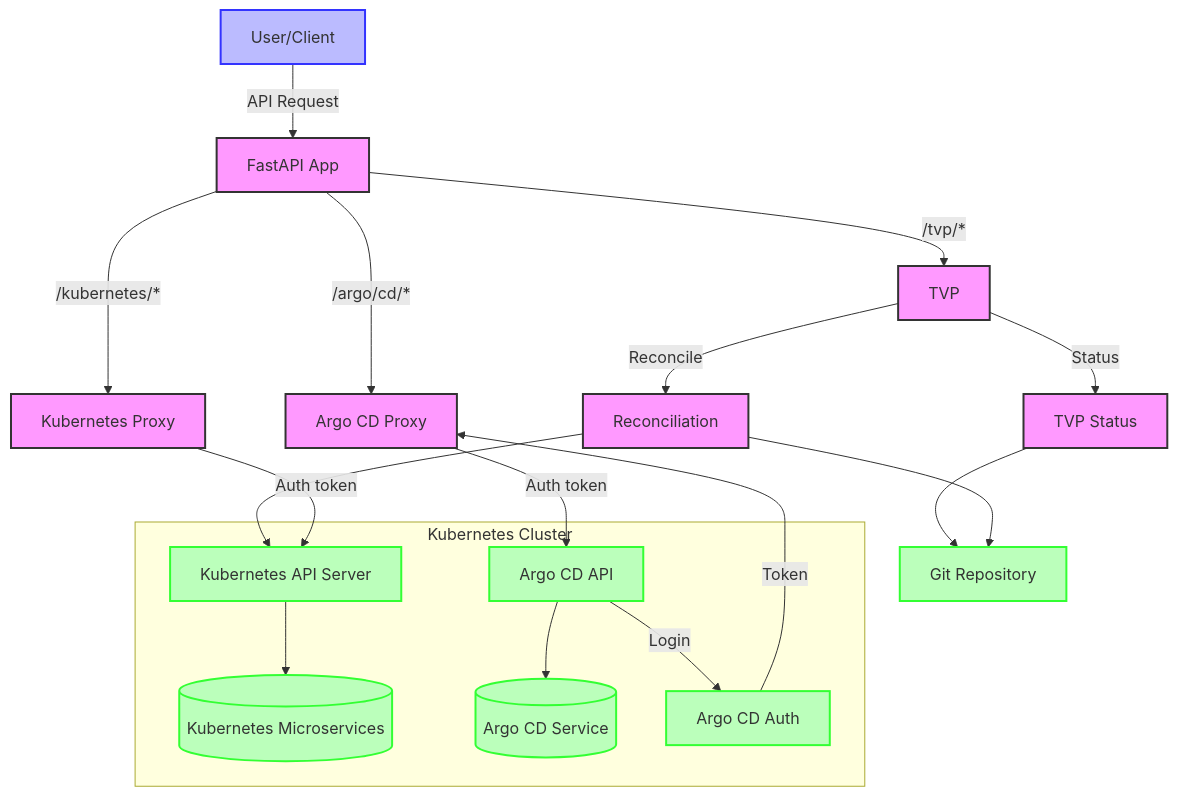
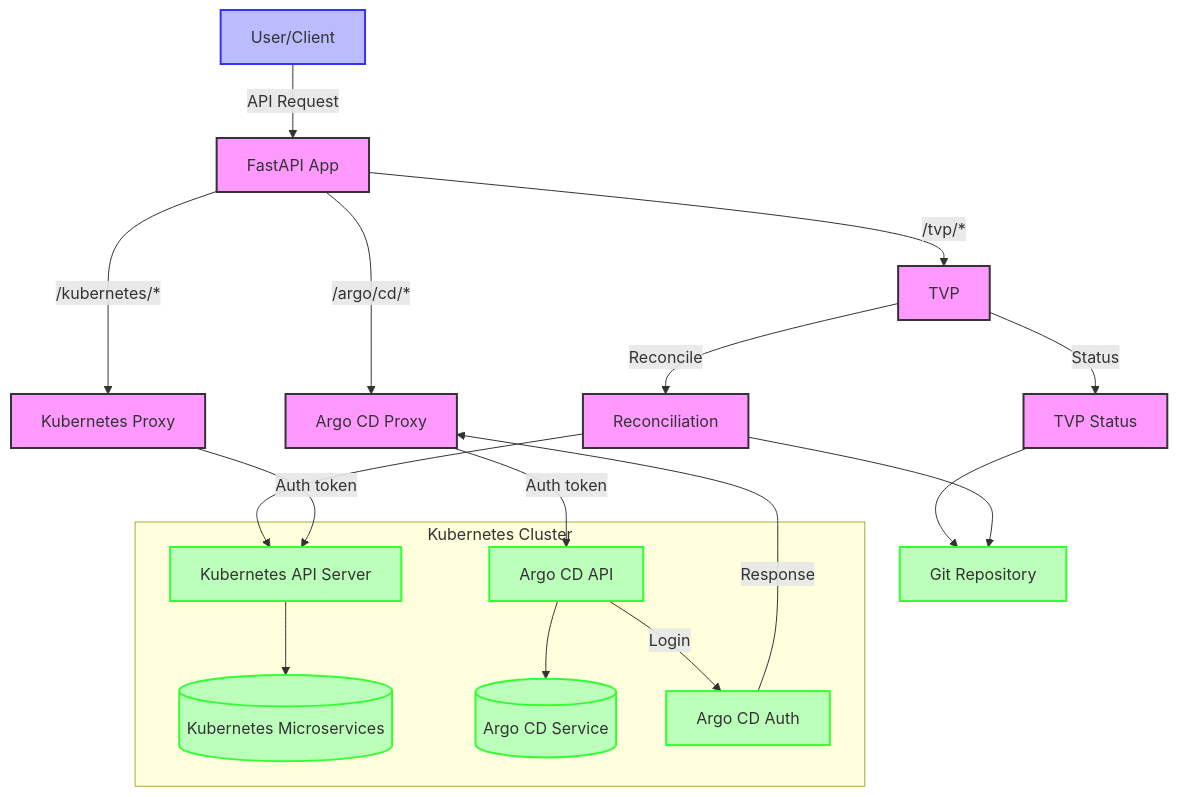
One commit to lloydchang/tvp-k8s changed the diagram in fastapi/mermaid/data-flow-diagram.mermaid. Above: the diagram before and after it, drawn with Mermaid.

```diff
--- a/fastapi/mermaid/data-flow-diagram.mermaid
+++ b/fastapi/mermaid/data-flow-diagram.mermaid
@@ -1,29 +1,29 @@
 flowchart TD
     User[User/Client] -->|API Request| API[FastAPI App]
     
     API -->|/kubernetes/*| KP[Kubernetes Proxy]
     API -->|/argo/cd/*| AP[Argo CD Proxy]
     API -->|/tvp/*| TVP[TVP]
         
     TVP -->|Status| TS[TVP Status]
     TVP -->|Reconcile| R[Reconciliation]
     
     TS --> Git[Git Repository]
     R --> Git
     R --> KA
     KP -->|Auth token| KA[Kubernetes API Server]
     AP -->|Auth token| AA[Argo CD API]
     subgraph "Kubernetes Cluster"
         KA --> Kubernetes[(Kubernetes Microservices)]
         AA --> ArgoCD[(Argo CD Service)]
         AA -->|Login| Auth[Argo CD Auth]
     end
-    Auth -->|Token| AP
+    Auth -->|Response| AP
     
     classDef user fill:#bbf,stroke:#33f,stroke-width:2px
     classDef app fill:#f9f,stroke:#333,stroke-width:2px
     classDef external fill:#bfb,stroke:#3f3,stroke-width:2px
     
     class User user
     class API,KP,AP,TVP,TS,R app
     class Kubernetes,ArgoCD,Git,KA,AA,Auth external
```
